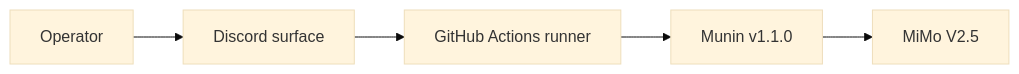
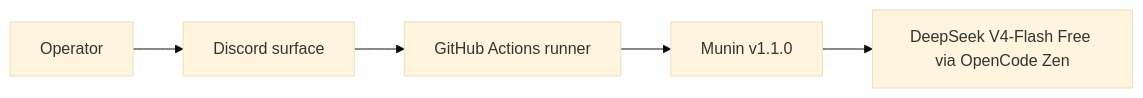
The second of 2 diagrams in MAP.md (PrinceOfPwn/Munin), drawn with Mermaid (base theme) before and after one commit. The commit also changed 15 other files, not shown here.

First line of the commit message:
feat(model): switch default runtime model to DeepSeek V4-Flash Free (deepseek-v4-flash-free via OpenCode Zen)

````diff
--- a/MAP.md
+++ b/MAP.md
@@ -72,7 +72,7 @@
 ```mermaid
 flowchart LR
   Operator --> Discord[Discord surface]
   Discord --> Actions[GitHub Actions runner]
   Actions --> Munin[Munin v1.1.0]
-  Munin --> MiMo[MiMo V2.5]
+  Munin --> DeepSeek[DeepSeek V4-Flash Free via OpenCode Zen]
 ```
````
